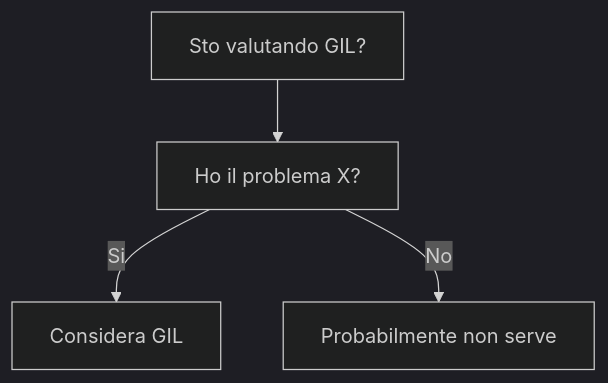
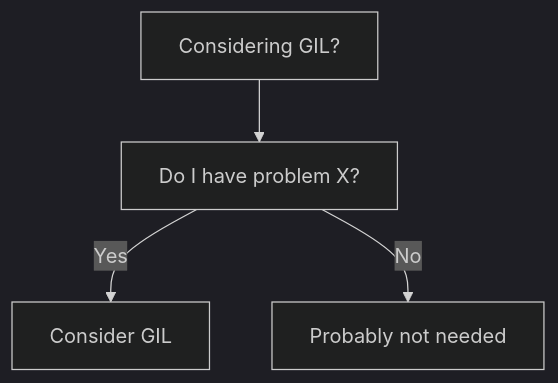
The diagram in dev-wiki/14_Languages/Python/GIL/When_To_Use.md (HxT9/Software-Dev-Wiki), drawn with Mermaid (dark theme) before and after one commit. The commit also changed other lines of this file and 3444 other files, not shown here.

````diff
--- a/dev-wiki/14_Languages/Python/GIL/When_To_Use.md
+++ b/dev-wiki/14_Languages/Python/GIL/When_To_Use.md
@@ -19,6 +19,6 @@
 ```mermaid
 flowchart TD
-  Q[Sto valutando GIL?] --> Q1[Ho il problema X?]
-  Q1 -->|Si| OK[Considera GIL]
-  Q1 -->|No| NO[Probabilmente non serve]
+  Q[Considering GIL?] --> Q1[Do I have problem X?]
+  Q1 -->|Yes| OK[Consider GIL]
+  Q1 -->|No| NO[Probably not needed]
 ```
````
